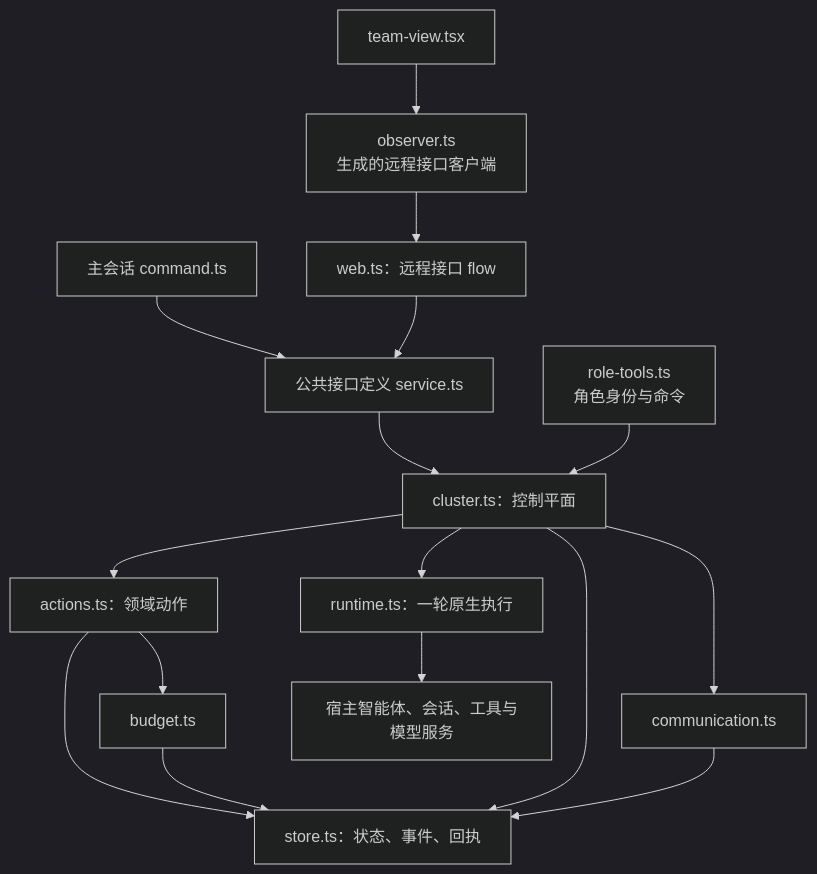
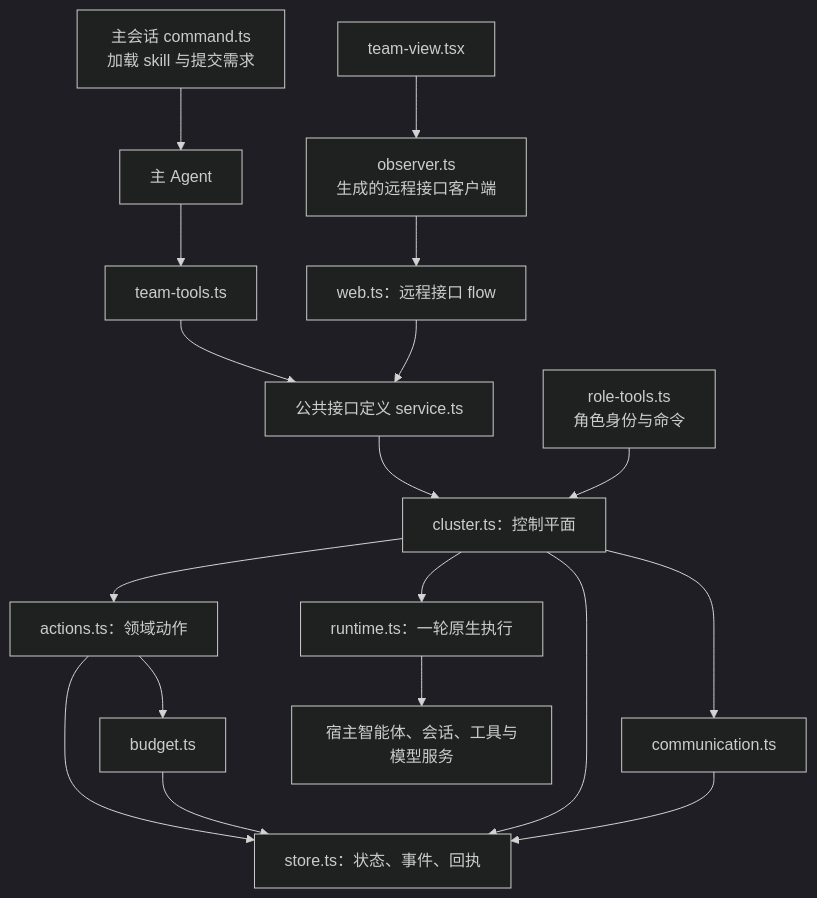
The diagram in docs/design/development/code-structure.md (Luohaothu/dsh-flow), drawn with Mermaid (dark theme) before and after one commit. The commit also changed other lines of this file and 150 other files, not shown here.

````diff
--- a/docs/design/development/code-structure.md
+++ b/docs/design/development/code-structure.md
@@ -48,18 +53,20 @@
 ```mermaid
 flowchart TD
-    UserTools["主会话 command.ts"] --> Service["公共接口定义 service.ts"]
+    Command["主会话 command.ts<br/>加载 skill 与提交需求"] --> Main["主 Agent"]
+    Main --> UserTools["team-tools.ts"]
+    UserTools --> Service["公共接口定义 service.ts"]
     Panel["team-view.tsx"] --> Client["observer.ts<br/>生成的远程接口客户端"]
     Client --> Remote["web.ts：远程接口 flow"]
     Remote --> Service
     Service --> Cluster["cluster.ts：控制平面"]
     Role["role-tools.ts<br/>角色身份与命令"] --> Cluster
     Cluster --> Actions["actions.ts：领域动作"]
     Cluster --> Runtime["runtime.ts：一轮原生执行"]
     Actions --> Store["store.ts：状态、事件、回执"]
     Cluster --> Store
     Actions --> Budget["budget.ts"]
     Cluster --> Comm["communication.ts"]
     Budget --> Store
     Comm --> Store
     Runtime --> Host["宿主智能体、会话、工具与模型服务"]
 ```
````
